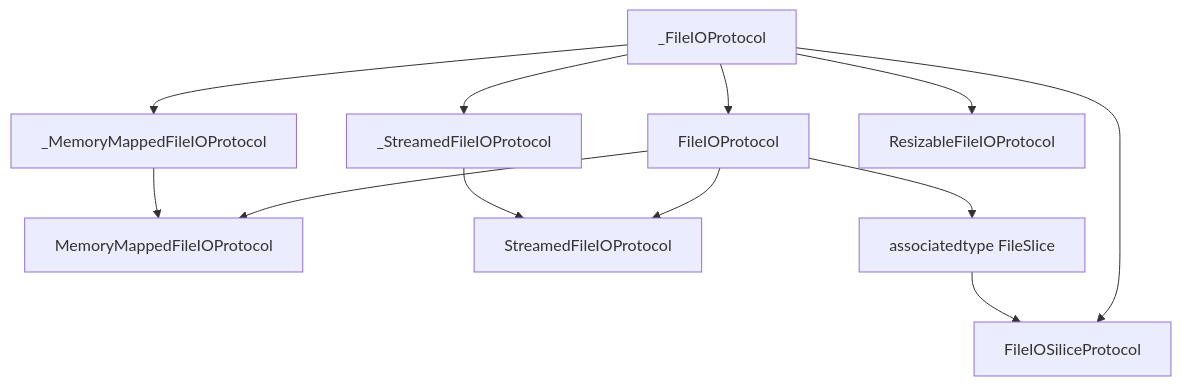
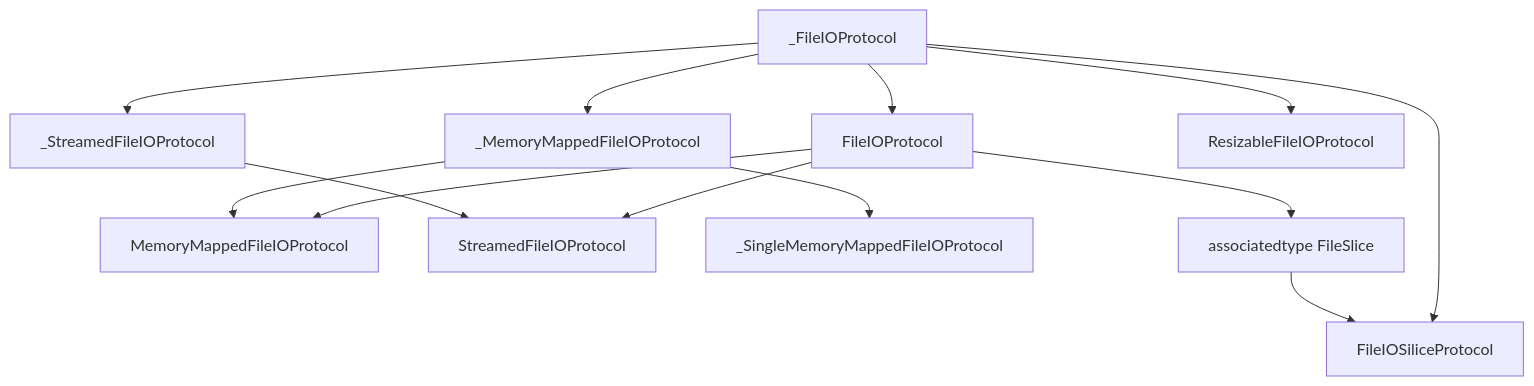
Before and after one commit to p-x9/swift-fileio: the diagram in README.md, drawn with Mermaid. The commit also changed other lines of this file and 5 other files, not shown here.

First line of the commit message:
Make unsafeRegion(at:) the mapped-memory requirement

````diff
--- a/README.md
+++ b/README.md
@@ -38,19 +38,20 @@
 ```mermaid
 graph TD
     _FileIOProtocol --> FileIOProtocol
     _FileIOProtocol --> FileIOSiliceProtocol
 
     _FileIOProtocol --> _MemoryMappedFileIOProtocol
     _FileIOProtocol --> _StreamedFileIOProtocol
 
     FileIOProtocol --> MemoryMappedFileIOProtocol
     FileIOProtocol --> StreamedFileIOProtocol
 
+    _MemoryMappedFileIOProtocol --> _SingleMemoryMappedFileIOProtocol
     _MemoryMappedFileIOProtocol --> MemoryMappedFileIOProtocol
     _StreamedFileIOProtocol --> StreamedFileIOProtocol
 
     FileIOProtocol --> FileSlice[associatedtype FileSlice]
     FileSlice --> FileIOSiliceProtocol
 
     _FileIOProtocol --> ResizableFileIOProtocol
 ```
````
